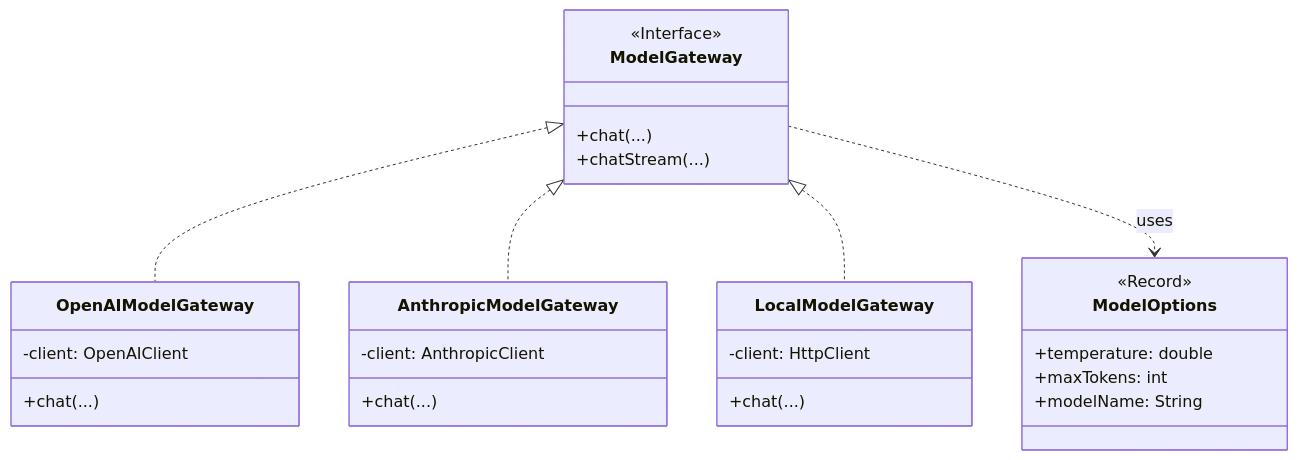
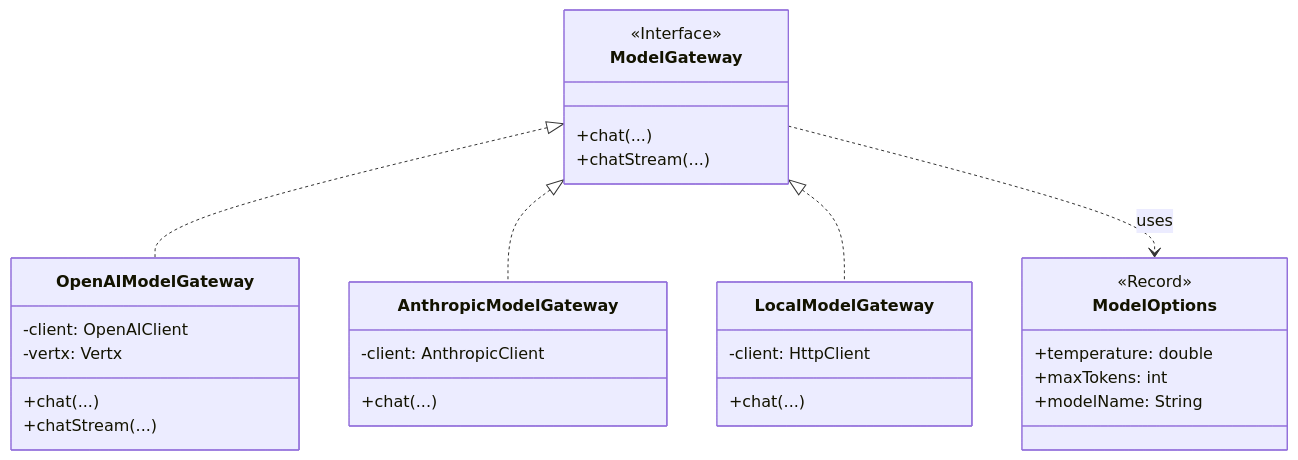
Before and after one commit to stream-iori/ganglia: the third of 3 diagrams in docs/CORE_KERNEL_DESIGN.md, drawn with Mermaid. The commit also changed other lines of this file and 1 other file, not shown here.

````diff
--- a/docs/CORE_KERNEL_DESIGN.md
+++ b/docs/CORE_KERNEL_DESIGN.md
@@ -147,36 +147,38 @@
 ```mermaid
 classDiagram
     class ModelGateway {
         <<Interface>>
         +chat(...)
         +chatStream(...)
     }
     
     class OpenAIModelGateway {
         -client: OpenAIClient
+        -vertx: Vertx
         +chat(...)
+        +chatStream(...)
     }
     
     class AnthropicModelGateway {
         -client: AnthropicClient
         +chat(...)
     }
     
     class LocalModelGateway {
         -client: HttpClient
         +chat(...)
     }
     
     ModelGateway <|.. OpenAIModelGateway
     ModelGateway <|.. AnthropicModelGateway
     ModelGateway <|.. LocalModelGateway
     
     class ModelOptions {
         <<Record>>
         +temperature: double
         +maxTokens: int
         +modelName: String
     }
     
     ModelGateway ..> ModelOptions : uses
 ```
````
